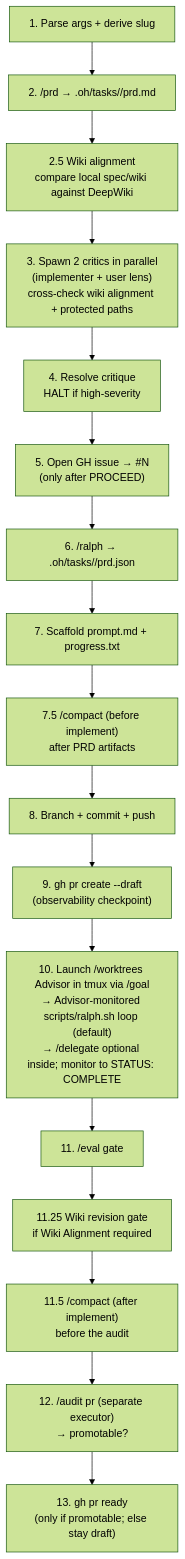
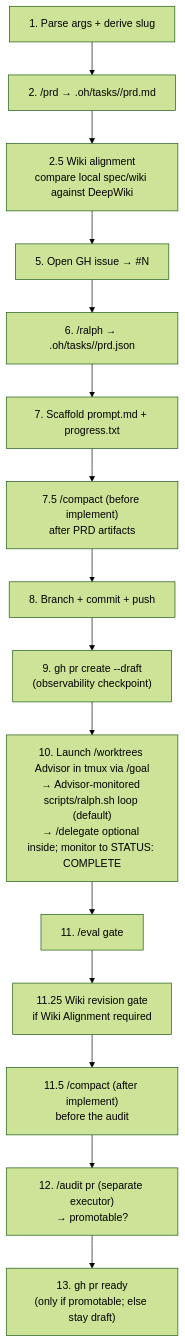
Before and after one commit to mifunedev/openharness: the diagram in .oh/skills/ship-spec/SKILL.md, drawn with Mermaid (forest theme). The commit also changed other lines of this file and 23 other files, not shown here.

````diff
--- a/.oh/skills/ship-spec/SKILL.md
+++ b/.oh/skills/ship-spec/SKILL.md
@@ -23,19 +23,17 @@
 ```mermaid
 flowchart TD
     A["1. Parse args + derive slug"] --> B["2. /prd → .oh/tasks/<slug>/prd.md"]
     B --> W["2.5 Wiki alignment<br/>compare local spec/wiki against DeepWiki"]
-    W --> D["3. Spawn 2 critics in parallel<br/>(implementer + user lens)<br/>cross-check wiki alignment + protected paths"]
-    D --> E["4. Resolve critique<br/>HALT if high-severity"]
-    E --> C["5. Open GH issue → #N<br/>(only after PROCEED)"]
+    W --> C["5. Open GH issue → #N"]
     C --> F["6. /ralph → .oh/tasks/<slug>/prd.json"]
     F --> G["7. Scaffold prompt.md + progress.txt"]
     G --> G2["7.5 /compact (before implement)<br/>after PRD artifacts"]
     G2 --> H["8. Branch + commit + push"]
     H --> I["9. gh pr create --draft<br/>(observability checkpoint)"]
     I --> J["10. Launch /worktrees Advisor in tmux via /goal<br/>→ Advisor-monitored scripts/ralph.sh loop (default)<br/>→ /delegate optional inside; monitor to STATUS: COMPLETE"]
     J --> K["11. /eval gate"]
     K --> W2["11.25 Wiki revision gate<br/>if Wiki Alignment required"]
     W2 --> K2["11.5 /compact (after implement)<br/>before the audit"]
     K2 --> L["12. /audit pr (separate executor)<br/>→ promotable?"]
     L --> M["13. gh pr ready<br/>(only if promotable; else stay draft)"]
 ```
````
